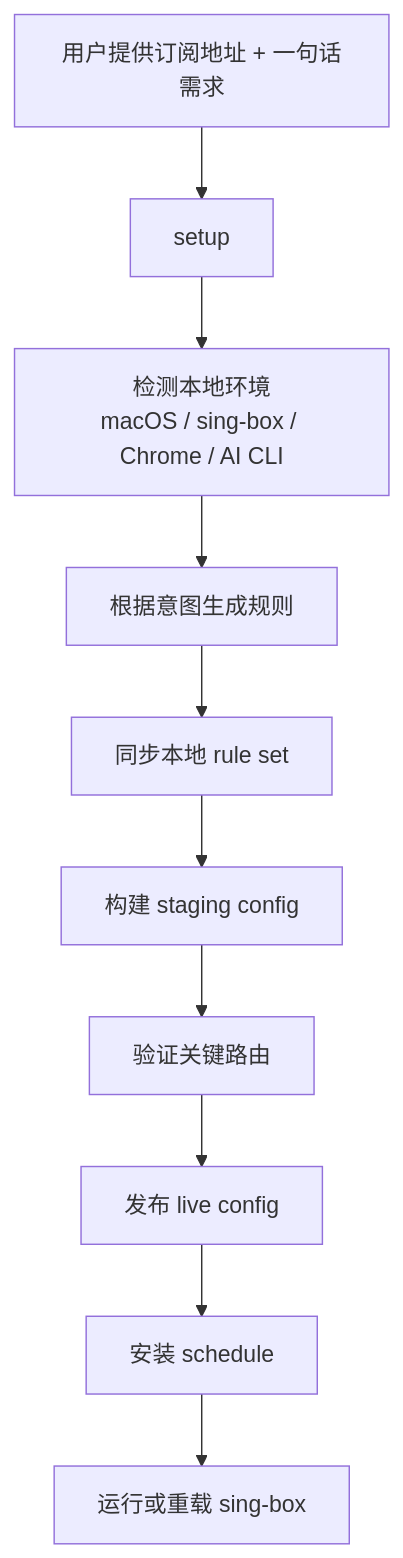
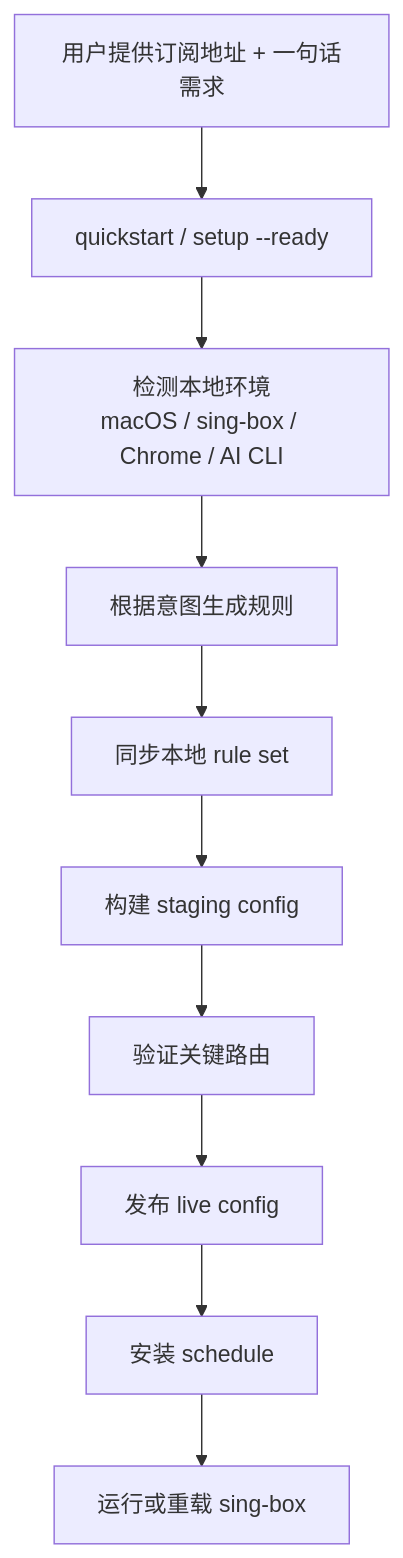
One commit to menlong999/singbox-iac changed the second of 2 diagrams in README.md. Above: the diagram before and after it, drawn with Mermaid. The commit also changed other lines of this file and 38 other files, not shown here.

````diff
--- a/README.md
+++ b/README.md
@@ -63,12 +63,12 @@
 ```mermaid
 flowchart TD
-    A["用户提供订阅地址 + 一句话需求"] --> B["setup"]
+    A["用户提供订阅地址 + 一句话需求"] --> B["quickstart / setup --ready"]
     B --> C["检测本地环境<br/>macOS / sing-box / Chrome / AI CLI"]
     C --> D["根据意图生成规则"]
     D --> E["同步本地 rule set"]
     E --> F["构建 staging config"]
     F --> G["验证关键路由"]
     G --> H["发布 live config"]
     H --> I["安装 schedule"]
     I --> J["运行或重载 sing-box"]
 ```
````
